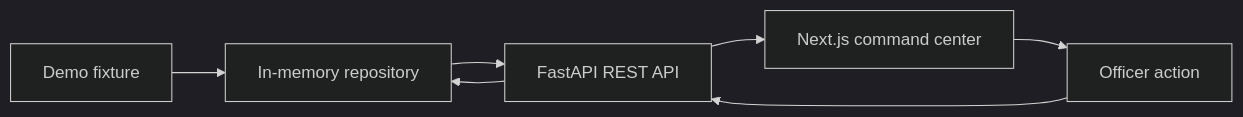
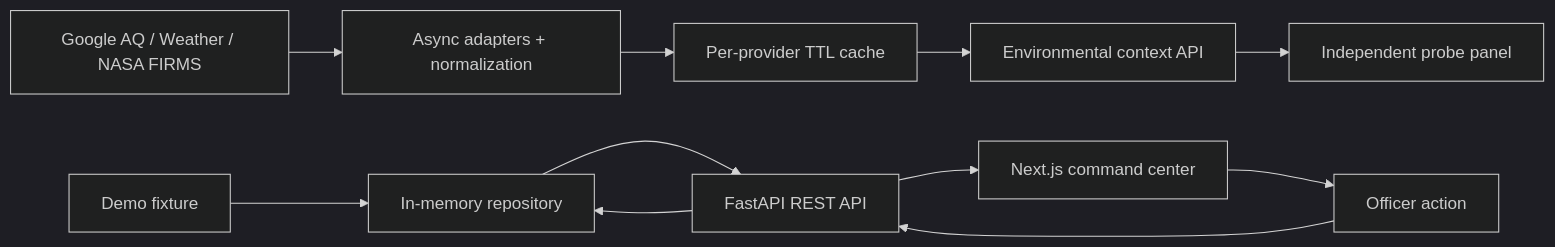
The diagram in docs/ARCHITECTURE.md (aadiandrj-prog/airshedos), drawn with Mermaid (dark theme) before and after one commit. The commit also changed other lines of this file and 43 other files, not shown here.

````diff
--- a/docs/ARCHITECTURE.md
+++ b/docs/ARCHITECTURE.md
@@ -5,9 +5,13 @@
 ```mermaid
 flowchart LR
+  Providers[Google AQ / Weather / NASA FIRMS] --> Normalize[Async adapters + normalization]
+  Normalize --> Cache[Per-provider TTL cache]
+  Cache --> Context[Environmental context API]
+  Context --> Probe[Independent probe panel]
   Fixture[Demo fixture] --> Repository[In-memory repository]
   Repository --> API[FastAPI REST API]
   API --> Web[Next.js command center]
   Web --> Action[Officer action]
   Action --> API
   API --> Repository
 ```
````
